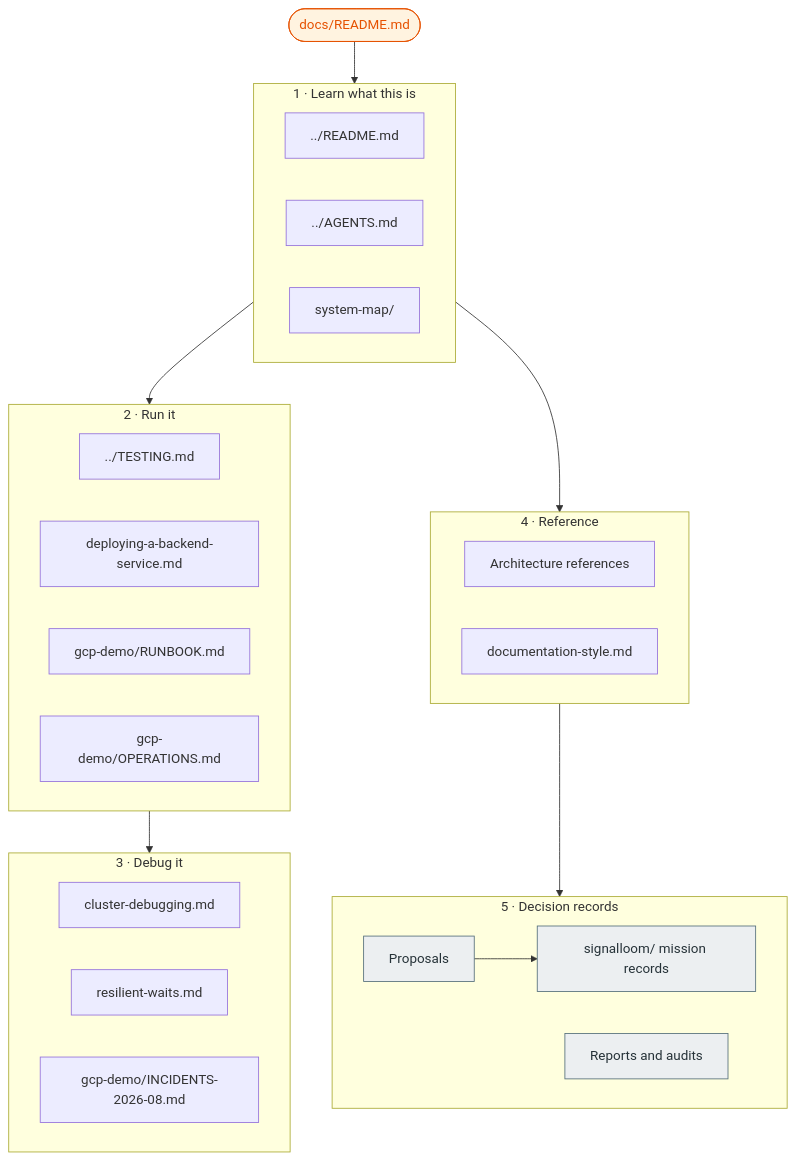
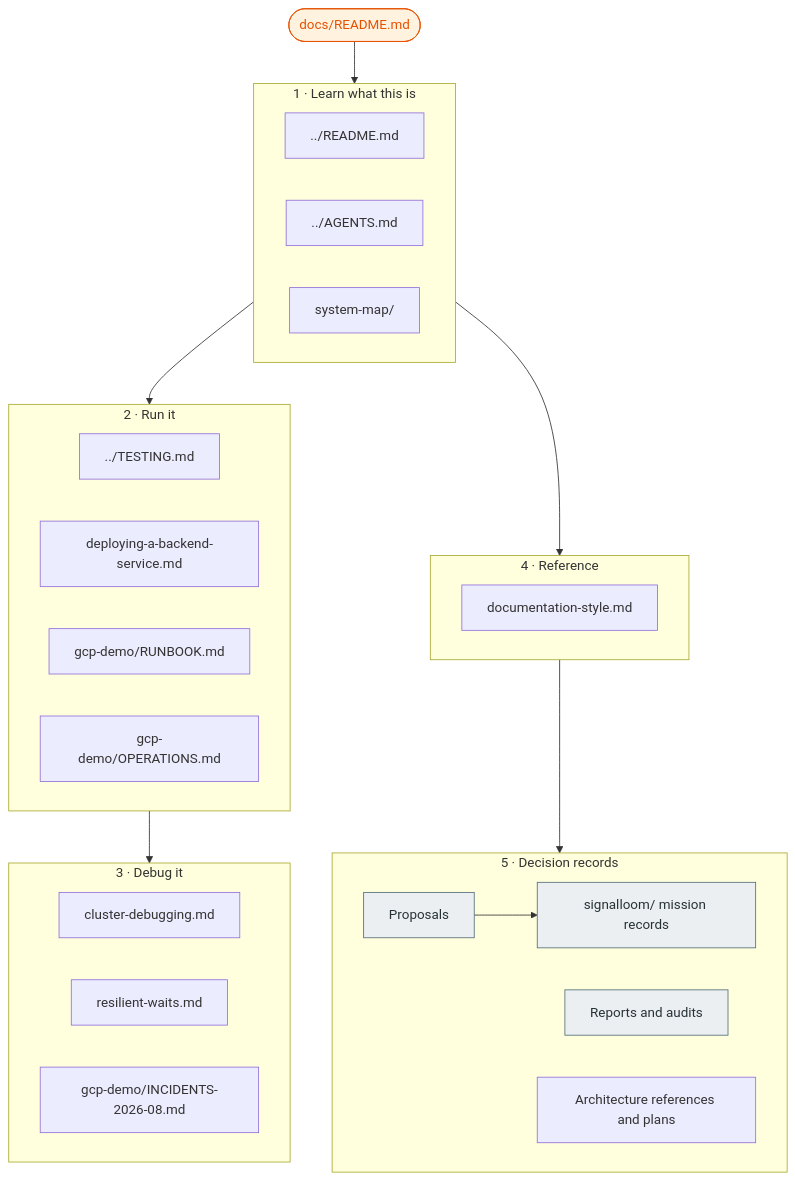
The diagram in docs/README.md (sublimino/architecture-as-code), drawn with Mermaid before and after one commit. The commit also changed other lines of this file and 46 other files, not shown here.

````diff
--- a/docs/README.md
+++ b/docs/README.md
@@ -35,44 +36,44 @@
 ```mermaid
 flowchart TB
   START(["docs/README.md"])
 
   subgraph learn["1 · Learn what this is"]
     RM["../README.md"]
     AG["../AGENTS.md"]
     MAP["system-map/"]
   end
 
   subgraph run["2 · Run it"]
     TEST["../TESTING.md"]
     BACK["deploying-a-backend-service.md"]
     RB["gcp-demo/RUNBOOK.md"]
     OPS["gcp-demo/OPERATIONS.md"]
   end
 
   subgraph debug["3 · Debug it"]
     CD["cluster-debugging.md"]
     RW["resilient-waits.md"]
     INC["gcp-demo/INCIDENTS-2026-08.md"]
   end
 
   subgraph ref["4 · Reference"]
-    ARCH["Architecture references"]
     STYLE["documentation-style.md"]
   end
 
   subgraph rec["5 · Decision records"]
     PROP["Proposals"]
     MIS["signalloom/ mission records"]
     REP["Reports and audits"]
+    ARCH["Architecture references and plans"]
   end
 
   START --> learn --> run --> debug
   learn --> ref
   ref --> rec
   PROP --> MIS
 
   classDef entry fill:#fff3e0,stroke:#e65100,color:#e65100;
   classDef record fill:#eceff1,stroke:#546e7a,color:#263238;
   class START entry;
   class PROP,MIS,REP record;
 ```
````
